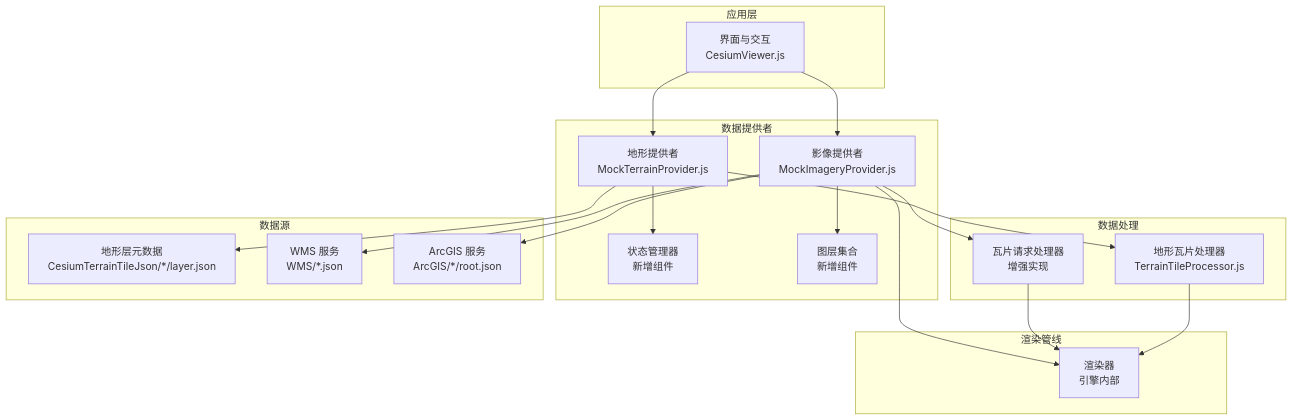
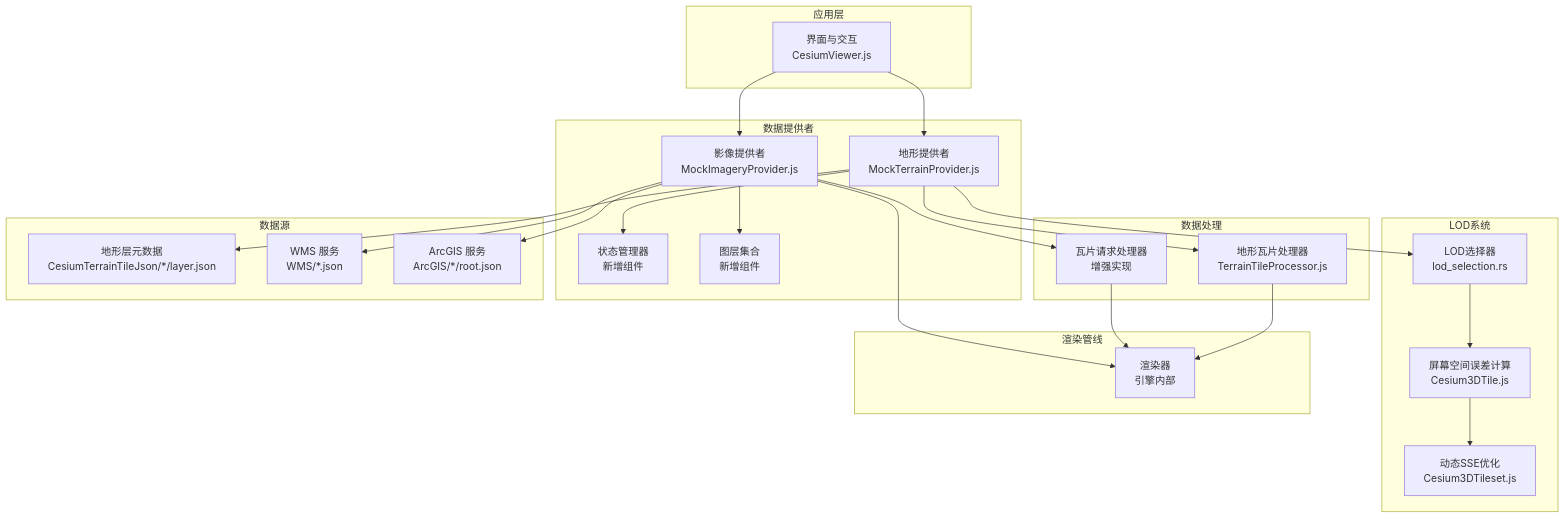
The second of 7 diagrams in .qoder/repowiki/zh/content/项目概述/核心特性/地形与影像系统/地形与影像系统.md (rzhangjing/cesium), drawn with Mermaid before and after one commit. The commit also changed other lines of this file and 57 other files, not shown here.

````diff
--- a/.qoder/repowiki/zh/content/项目概述/核心特性/地形与影像系统/地形与影像系统.md
+++ b/.qoder/repowiki/zh/content/项目概述/核心特性/地形与影像系统/地形与影像系统.md
@@ -106,36 +116,44 @@
 ```mermaid
 graph TB
 subgraph "应用层"
 UI["界面与交互<br/>CesiumViewer.js"]
 end
 subgraph "数据提供者"
 TP["地形提供者<br/>MockTerrainProvider.js"]
 IP["影像提供者<br/>MockImageryProvider.js"]
 SM["状态管理器<br/>新增组件"]
 LC["图层集合<br/>新增组件"]
+end
+subgraph "LOD系统"
+LDS["LOD选择器<br/>lod_selection.rs"]
+SSE["屏幕空间误差计算<br/>Cesium3DTile.js"]
+DSE["动态SSE优化<br/>Cesium3DTileset.js"]
 end
 subgraph "数据处理"
 TProc["地形瓦片处理器<br/>TerrainTileProcessor.js"]
 TRP["瓦片请求处理器<br/>增强实现"]
 end
 subgraph "数据源"
 TM["地形层元数据<br/>CesiumTerrainTileJson/*/layer.json"]
 WMS["WMS 服务<br/>WMS/*.json"]
 AGS["ArcGIS 服务<br/>ArcGIS/*/root.json"]
 end
 subgraph "渲染管线"
 Rnd["渲染器<br/>引擎内部"]
 end
 UI --> TP
 UI --> IP
 TP --> SM
 IP --> LC
+TP --> LDS
+LDS --> SSE
+SSE --> DSE
 TP --> TProc
 IP --> TRP
 TProc --> Rnd
 TRP --> Rnd
 IP --> Rnd
 TP --> TM
 IP --> WMS
 IP --> AGS
 ```
````
